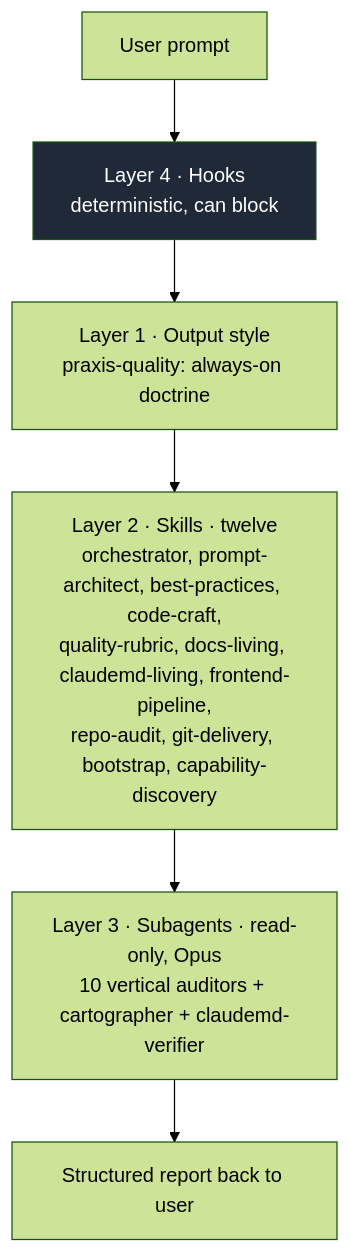
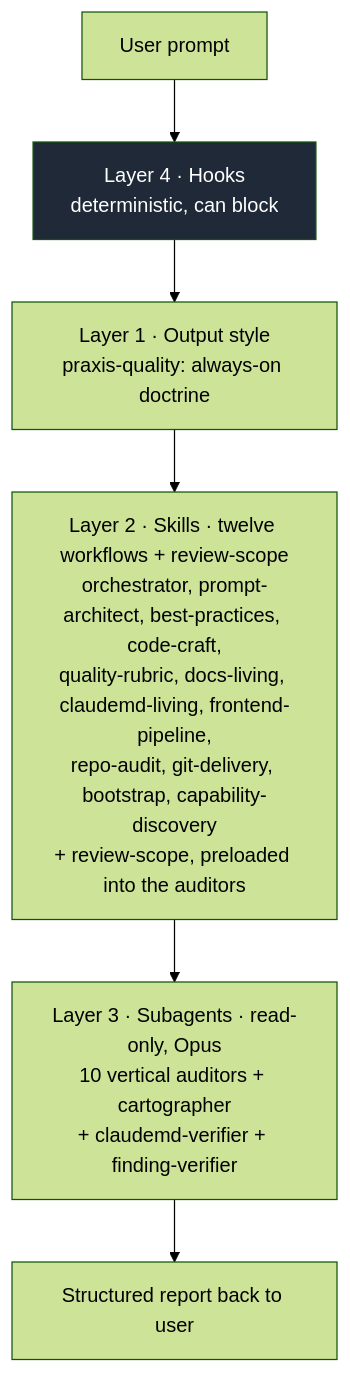
The first of 6 diagrams in docs/FLOWS.md (Ohswedd/praxis), drawn with Mermaid (forest theme) before and after one commit. The commit also changed 24 other files, not shown here.

First line of the commit message:
fix: give the auditors' review scope one source, and make the rule executable (#17)

````diff
--- a/docs/FLOWS.md
+++ b/docs/FLOWS.md
@@ -13,11 +13,11 @@
 ```mermaid
 flowchart TB
     U["User prompt"] --> H1["Layer 4 · Hooks<br/>deterministic, can block"]
     H1 --> OS["Layer 1 · Output style<br/>praxis-quality: always-on doctrine"]
-    OS --> SK["Layer 2 · Skills · twelve<br/>orchestrator, prompt-architect, best-practices, code-craft,<br/>quality-rubric, docs-living, claudemd-living, frontend-pipeline,<br/>repo-audit, git-delivery, bootstrap, capability-discovery"]
-    SK --> AG["Layer 3 · Subagents · read-only, Opus<br/>10 vertical auditors + cartographer + claudemd-verifier"]
+    OS --> SK["Layer 2 · Skills · twelve workflows + review-scope<br/>orchestrator, prompt-architect, best-practices, code-craft,<br/>quality-rubric, docs-living, claudemd-living, frontend-pipeline,<br/>repo-audit, git-delivery, bootstrap, capability-discovery<br/>+ review-scope, preloaded into the auditors"]
+    SK --> AG["Layer 3 · Subagents · read-only, Opus<br/>10 vertical auditors + cartographer<br/>+ claudemd-verifier + finding-verifier"]
     AG --> OUT["Structured report back to user"]
 
     classDef det fill:#1f2937,color:#fff;
     class H1 det;
 ```
````
